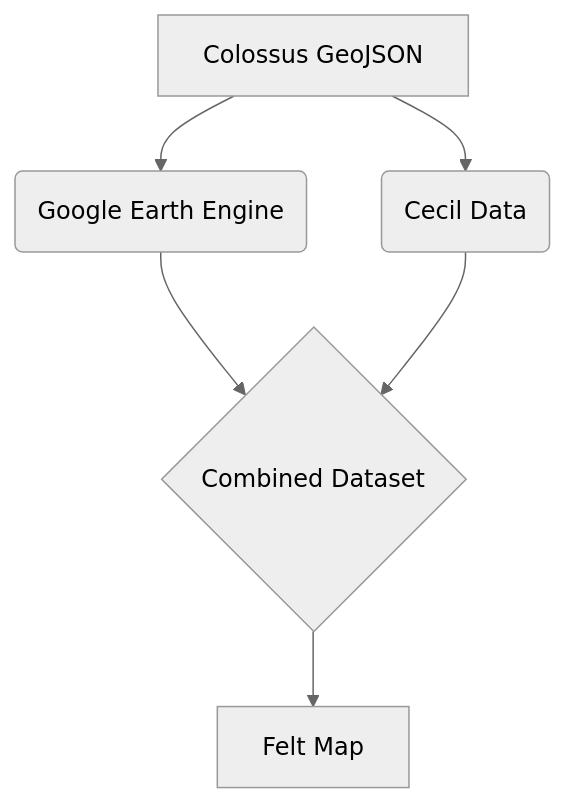
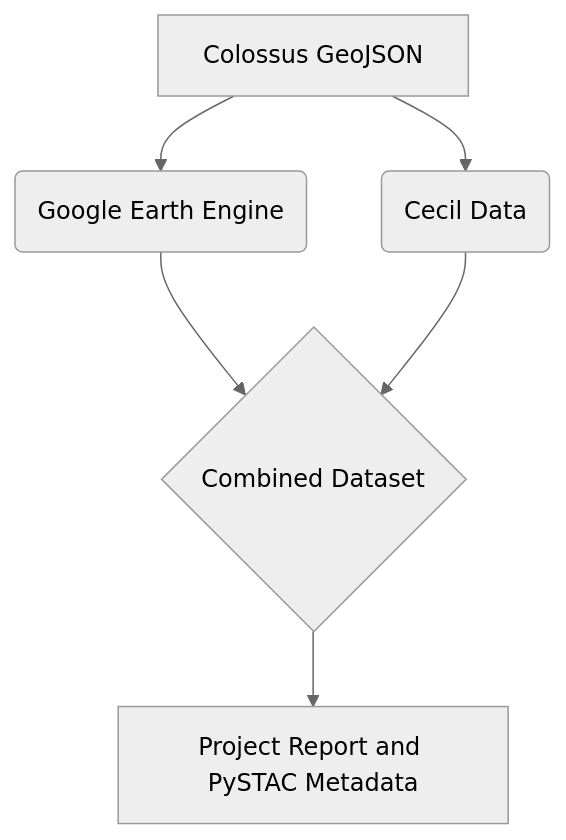
One commit to LeJit/Data-Curation-Final-Project changed the diagram in README.md. Above: the diagram before and after it, drawn with Mermaid (neutral theme). The commit also changed other lines of this file and 6 other files, not shown here.

````diff
--- a/README.md
+++ b/README.md
@@ -40,8 +43,8 @@
 ```mermaid
 graph TD
     A[Colossus GeoJSON] --> B(Google Earth Engine)
     A --> C(Cecil Data)
     B --> D{Combined Dataset}
     C --> D
-    D --> E[Felt Map]
+    D --> E[Project Report and PySTAC Metadata]
 ```
````
